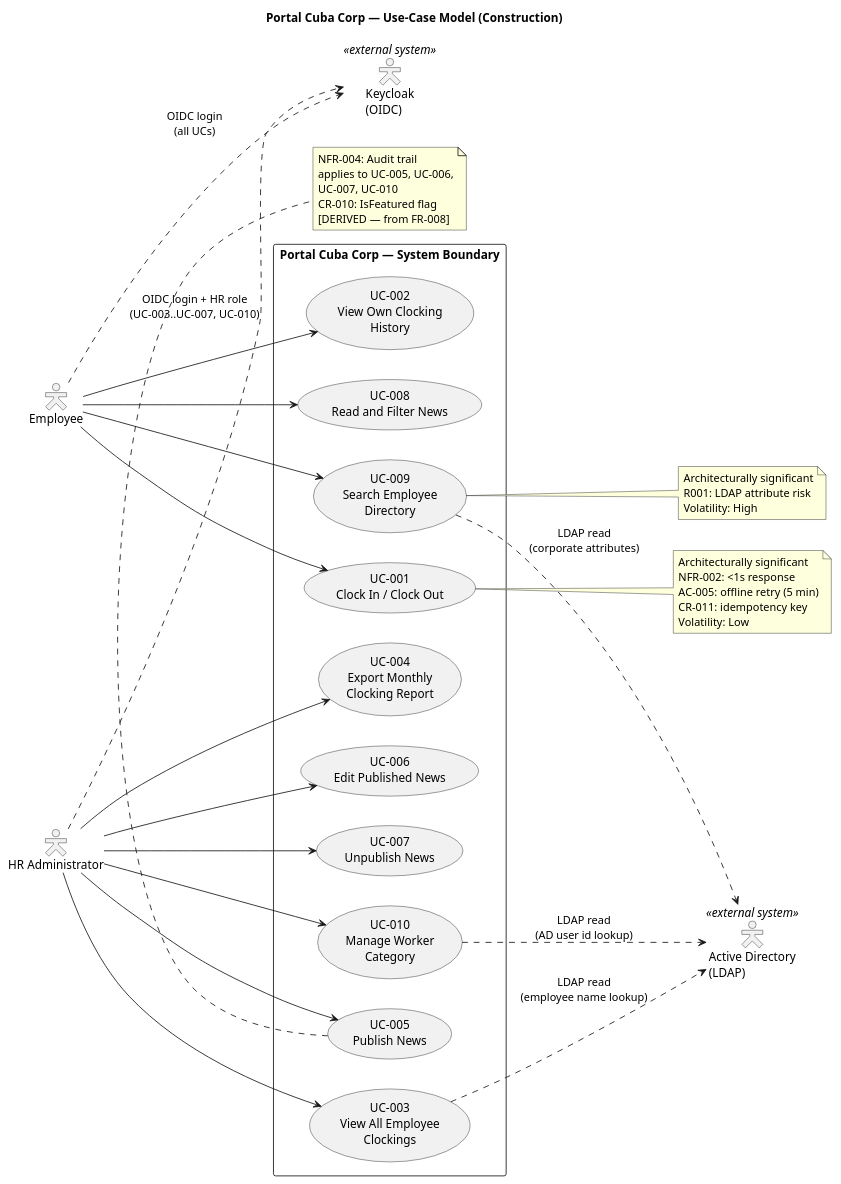
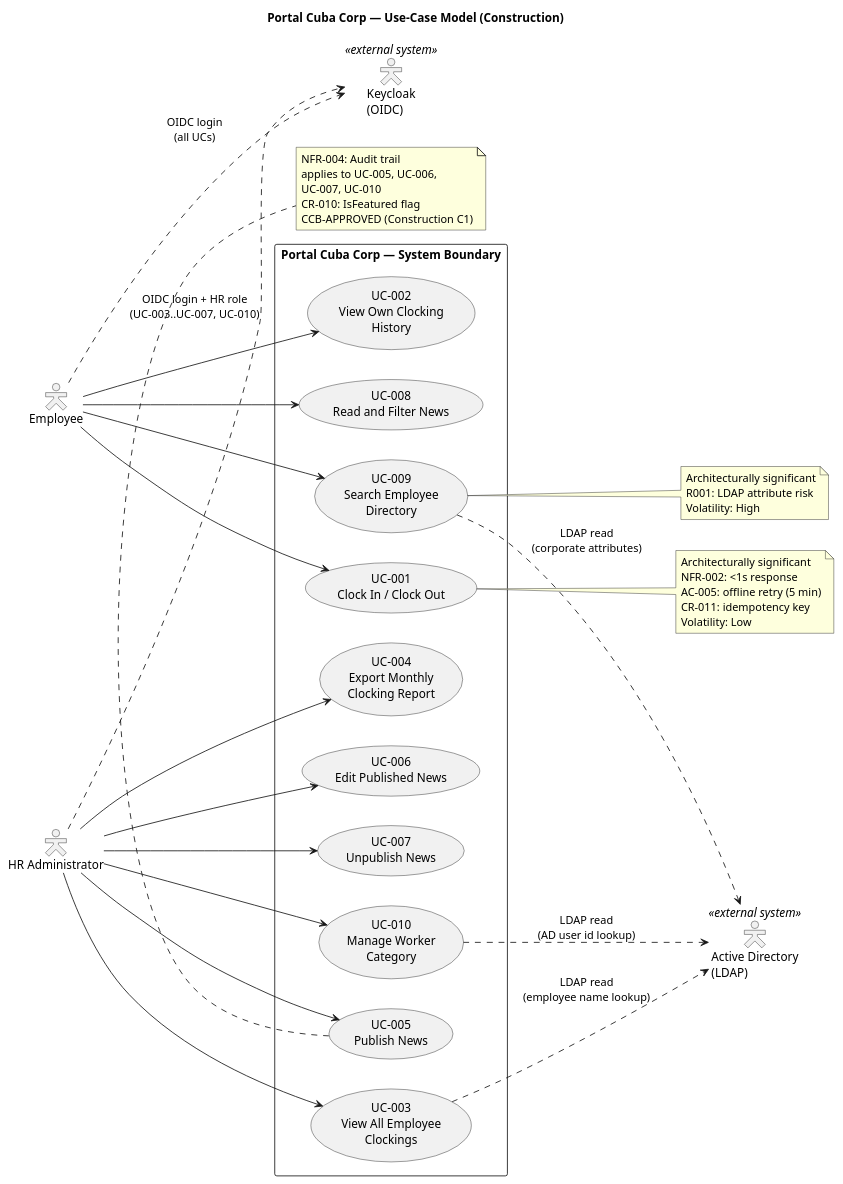
The first of 12 diagrams in docs/artifacts/requirements/use-case-model.md (banense-test/portal-cuba-corp), drawn with PlantUML before and after one commit.

Commit message:
Requirements Specifier [C2]: upsert Use-Case Model
[skip ci]

````diff
--- a/docs/artifacts/requirements/use-case-model.md
+++ b/docs/artifacts/requirements/use-case-model.md
@@ -12,69 +12,69 @@
 ```plantuml
 @startuml
 title Portal Cuba Corp — Use-Case Model (Construction)
 
 left to right direction
 skinparam packageStyle rectangle
 skinparam actorStyle hollow
 
 actor "Employee" as EMP
 actor "HR Administrator" as HR
 actor "Active Directory\n(LDAP)" as AD <<external system>>
 actor "Keycloak\n(OIDC)" as KC <<external system>>
 
 rectangle "Portal Cuba Corp — System Boundary" {
   usecase "UC-001\nClock In / Clock Out" as UC001
   usecase "UC-002\nView Own Clocking\nHistory" as UC002
   usecase "UC-003\nView All Employee\nClockings" as UC003
   usecase "UC-004\nExport Monthly\nClocking Report" as UC004
   usecase "UC-005\nPublish News" as UC005
   usecase "UC-006\nEdit Published News" as UC006
   usecase "UC-007\nUnpublish News" as UC007
   usecase "UC-008\nRead and Filter News" as UC008
   usecase "UC-009\nSearch Employee\nDirectory" as UC009
   usecase "UC-010\nManage Worker\nCategory" as UC010
 }
 
 EMP --> UC001
 EMP --> UC002
 EMP --> UC008
 EMP --> UC009
 
 HR --> UC003
 HR --> UC004
 HR --> UC005
 HR --> UC006
 HR --> UC007
 HR --> UC010
 
 UC009 ..> AD : LDAP read\n(corporate attributes)
 UC010 ..> AD : LDAP read\n(AD user id lookup)
 UC003 ..> AD : LDAP read\n(employee name lookup)
 
 EMP ..> KC : OIDC login\n(all UCs)
 HR ..> KC : OIDC login + HR role\n(UC-003..UC-007, UC-010)
 
 note right of UC001
   Architecturally significant
   NFR-002: <1s response
   AC-005: offline retry (5 min)
   CR-011: idempotency key
   Volatility: Low
 end note
 
 note right of UC009
   Architecturally significant
   R001: LDAP attribute risk
   Volatility: High
 end note
 
 note bottom of UC005
   NFR-004: Audit trail
   applies to UC-005, UC-006,
   UC-007, UC-010
   CR-010: IsFeatured flag
-  [DERIVED — from FR-008]
+  CCB-APPROVED (Construction C1)
 end note
 
 @enduml
 ```
````
